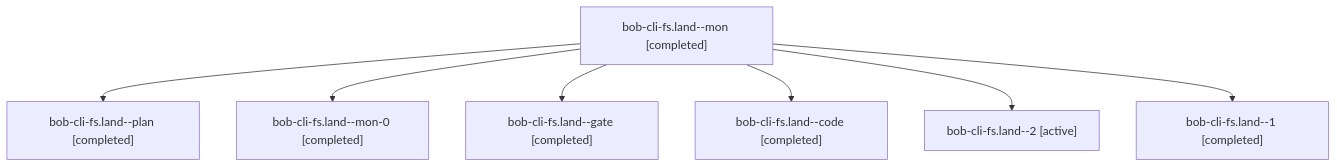
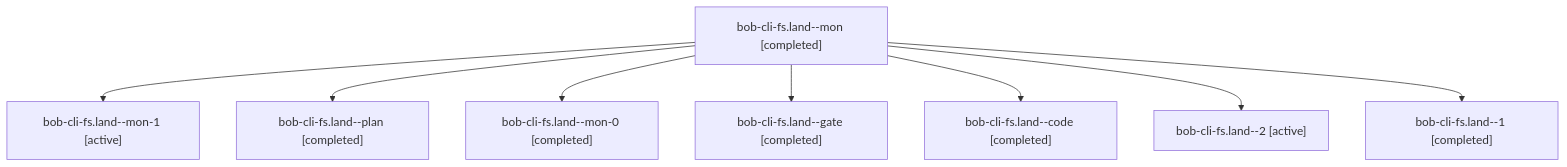
One commit to bobs-org/bob-cli--agents changed the diagram in sessions/bbugyi200.athena.bob-cli-fs.land.md. Above: the diagram before and after it, drawn with Mermaid. The commit also changed other lines of this file and 117 other files, not shown here.

````diff
--- a/sessions/bbugyi200.athena.bob-cli-fs.land.md
+++ b/sessions/bbugyi200.athena.bob-cli-fs.land.md
@@ -9,16 +9,18 @@
 ```mermaid
 flowchart TD
   n0["bob-cli-fs.land--mon [completed]"]
-  n1["bob-cli-fs.land--plan [completed]"]
+  n1["bob-cli-fs.land--mon-1 [active]"]
   n0 --> n1
-  n2["bob-cli-fs.land--mon-0 [completed]"]
+  n2["bob-cli-fs.land--plan [completed]"]
   n0 --> n2
-  n3["bob-cli-fs.land--gate [completed]"]
+  n3["bob-cli-fs.land--mon-0 [completed]"]
   n0 --> n3
-  n4["bob-cli-fs.land--code [completed]"]
+  n4["bob-cli-fs.land--gate [completed]"]
   n0 --> n4
-  n5["bob-cli-fs.land--2 [active]"]
+  n5["bob-cli-fs.land--code [completed]"]
   n0 --> n5
-  n6["bob-cli-fs.land--1 [completed]"]
+  n6["bob-cli-fs.land--2 [active]"]
   n0 --> n6
+  n7["bob-cli-fs.land--1 [completed]"]
+  n0 --> n7
 ```
````
